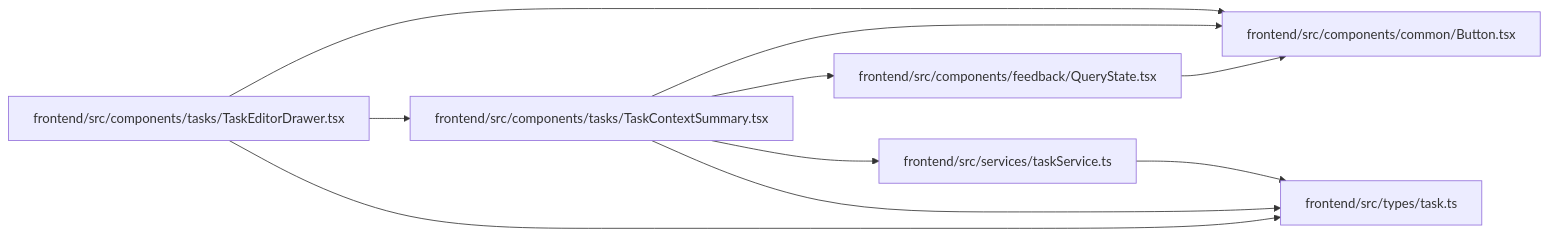
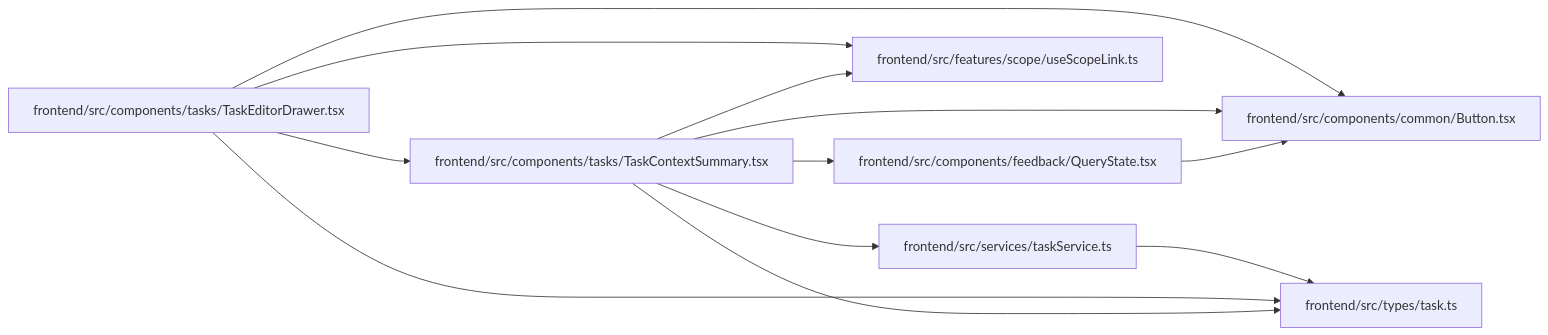
Before and after one commit to Denissvgn/WorkChord: the diagram in docs/llm_wiki/modules/TaskContextSummary.md, drawn with Mermaid. The commit also changed other lines of this file and 2373 other files, not shown here.

````diff
--- a/docs/llm_wiki/modules/TaskContextSummary.md
+++ b/docs/llm_wiki/modules/TaskContextSummary.md
@@ -35,24 +36,28 @@
 ```mermaid
 flowchart LR
     n0["frontend/src/components/common/Button.tsx"]
     n1["frontend/src/components/feedback/QueryState.tsx"]
     n2["frontend/src/components/tasks/TaskContextSummary.tsx"]
     n3["frontend/src/components/tasks/TaskEditorDrawer.tsx"]
-    n4["frontend/src/services/taskService.ts"]
-    n5["frontend/src/types/task.ts"]
+    n4["frontend/src/features/scope/useScopeLink.ts"]
+    n5["frontend/src/services/taskService.ts"]
+    n6["frontend/src/types/task.ts"]
     n1 --> n0
     n2 --> n0
     n2 --> n1
     n2 --> n4
     n2 --> n5
+    n2 --> n6
     n3 --> n0
     n3 --> n2
-    n3 --> n5
-    n4 --> n5
+    n3 --> n4
+    n3 --> n6
+    n5 --> n6
     click n0 "../modules/Button.md"
     click n1 "../modules/QueryState.md"
     click n2 "../modules/TaskContextSummary.md"
     click n3 "../modules/TaskEditorDrawer.md"
-    click n4 "../modules/taskService.md"
-    click n5 "../modules/types_task.md"
+    click n4 "../modules/useScopeLink.md"
+    click n5 "../modules/taskService.md"
+    click n6 "../modules/types_task.md"
 ```
````
